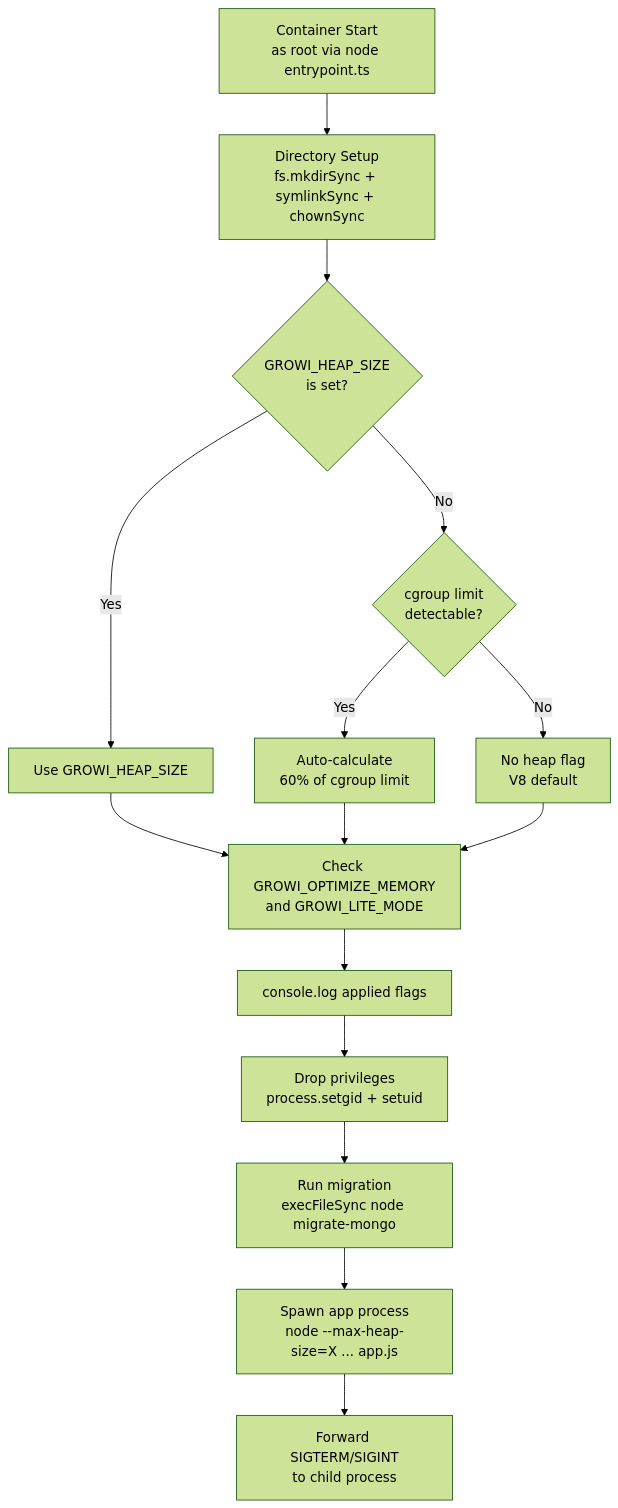
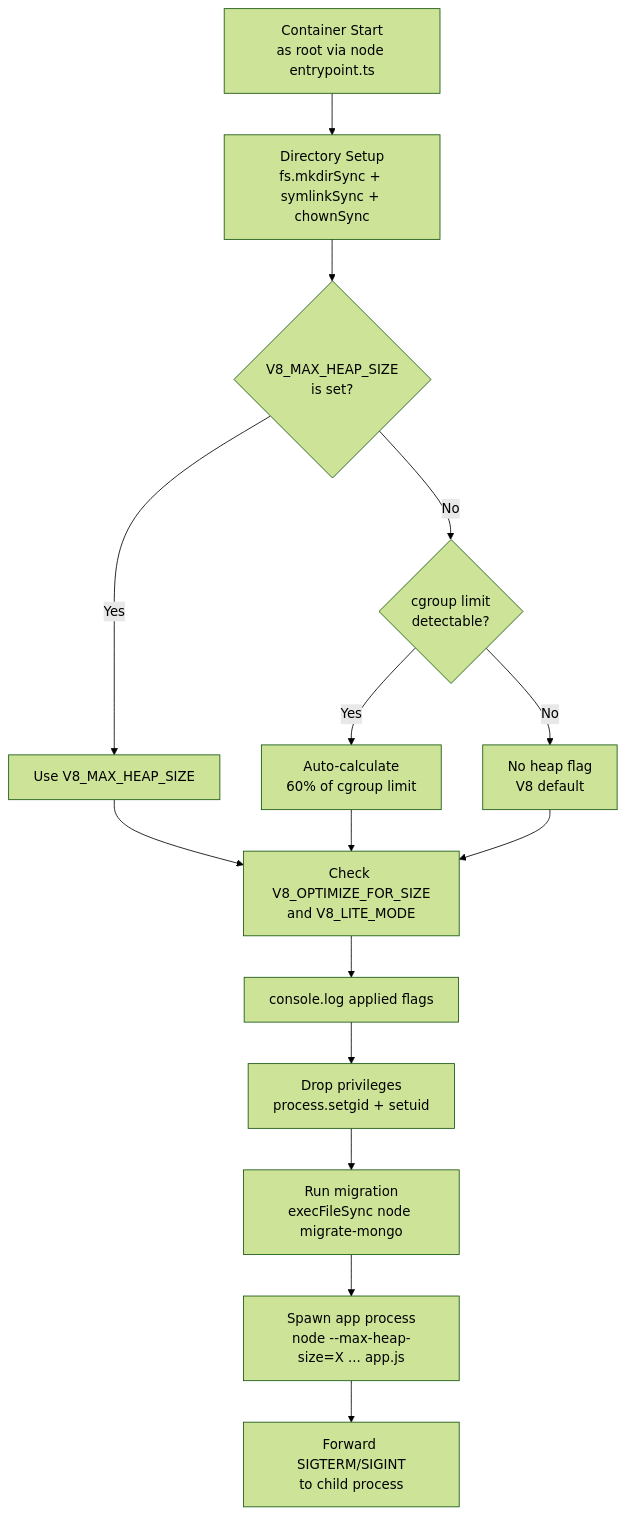
One commit to growilabs/growi changed the second of 3 diagrams in .kiro/specs/official-docker-image/design.md. Above: the diagram before and after it, drawn with Mermaid (forest theme). The commit also changed other lines of this file and 3 other files, not shown here.

````diff
--- a/.kiro/specs/official-docker-image/design.md
+++ b/.kiro/specs/official-docker-image/design.md
@@ -100,17 +101,17 @@
 ```mermaid
 flowchart TD
     Start[Container Start<br>as root via node entrypoint.ts] --> Setup[Directory Setup<br>fs.mkdirSync + symlinkSync + chownSync]
-    Setup --> HeapCalc{GROWI_HEAP_SIZE<br>is set?}
-    HeapCalc -->|Yes| UseEnv[Use GROWI_HEAP_SIZE]
+    Setup --> HeapCalc{V8_MAX_HEAP_SIZE<br>is set?}
+    HeapCalc -->|Yes| UseEnv[Use V8_MAX_HEAP_SIZE]
     HeapCalc -->|No| CgroupCheck{cgroup limit<br>detectable?}
     CgroupCheck -->|Yes| AutoCalc[Auto-calculate<br>60% of cgroup limit]
     CgroupCheck -->|No| NoFlag[No heap flag<br>V8 default]
-    UseEnv --> OptFlags[Check GROWI_OPTIMIZE_MEMORY<br>and GROWI_LITE_MODE]
+    UseEnv --> OptFlags[Check V8_OPTIMIZE_FOR_SIZE<br>and V8_LITE_MODE]
     AutoCalc --> OptFlags
     NoFlag --> OptFlags
     OptFlags --> LogFlags[console.log applied flags]
     LogFlags --> DropPriv[Drop privileges<br>process.setgid + setuid]
     DropPriv --> Migration[Run migration<br>execFileSync node migrate-mongo]
     Migration --> SpawnApp[Spawn app process<br>node --max-heap-size=X ... app.js]
     SpawnApp --> SignalFwd[Forward SIGTERM/SIGINT<br>to child process]
 ```
````
